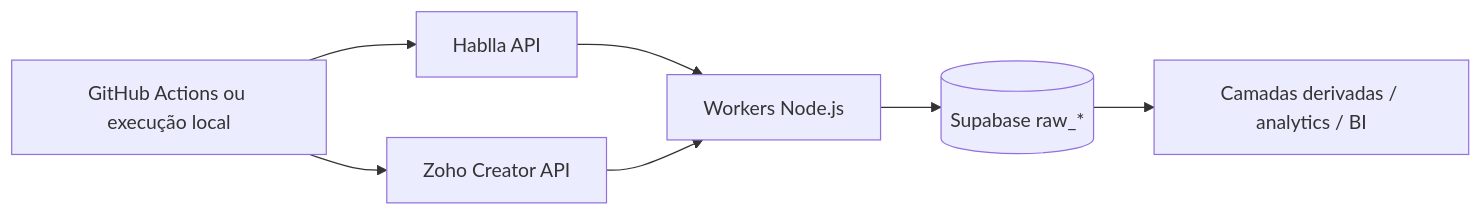
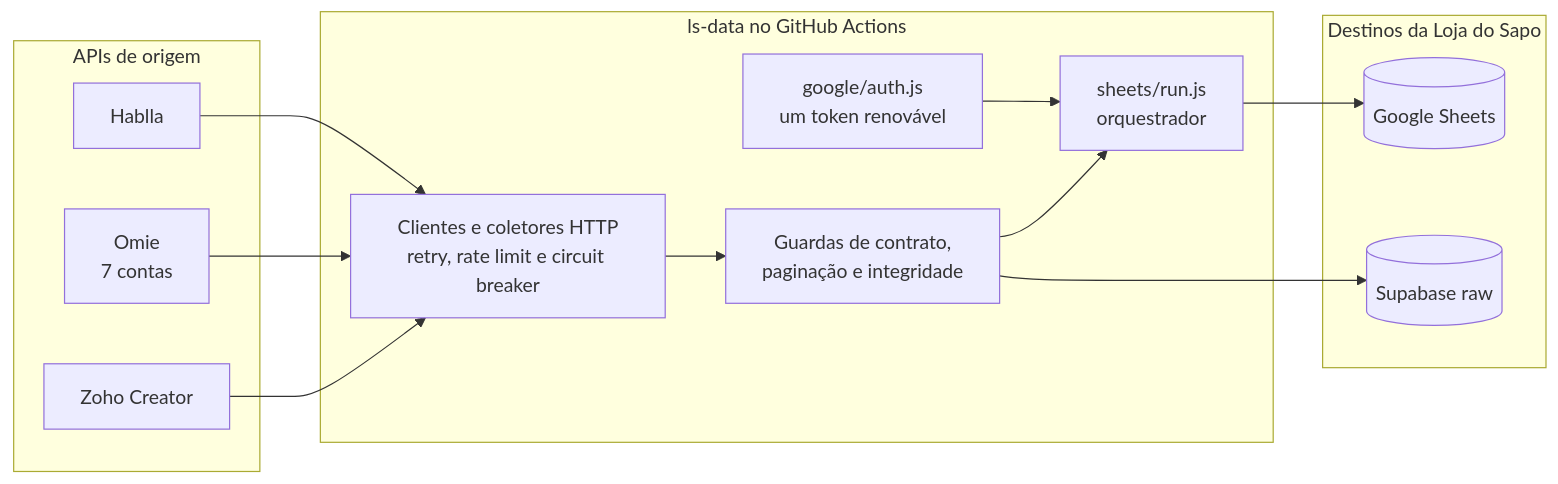
One commit to lojadosapo/ls-data changed the first of 4 diagrams in README.md. Above: the diagram before and after it, drawn with Mermaid. The commit also changed other lines of this file and 76 other files, not shown here.

````diff
--- a/README.md
+++ b/README.md
@@ -34,9 +14,29 @@
 ```mermaid
 flowchart LR
-    GA[GitHub Actions ou execução local] --> API1[Hablla API]
-    GA --> API2[Zoho Creator API]
-    API1 --> APP[Workers Node.js]
-    API2 --> APP
-    APP --> SB[(Supabase raw_*)]
-    SB --> DER[Camadas derivadas / analytics / BI]
+    subgraph Fontes[APIs de origem]
+        H[Hablla]
+        O[Omie<br/>7 contas]
+        Z[Zoho Creator]
+    end
+
+    subgraph Runtime[ls-data no GitHub Actions]
+        GA[google/auth.js<br/>um token renovável]
+        HC[Clientes e coletores HTTP<br/>retry, rate limit e circuit breaker]
+        ORQ[sheets/run.js<br/>orquestrador]
+        GU[Guardas de contrato,<br/>paginação e integridade]
+    end
+
+    subgraph Destinos[Destinos da Loja do Sapo]
+        GS[(Google Sheets)]
+        SB[(Supabase raw)]
+    end
+
+    H --> HC
+    O --> HC
+    Z --> HC
+    HC --> GU
+    GA --> ORQ
+    GU --> ORQ
+    ORQ --> GS
+    GU --> SB
 ```
````
